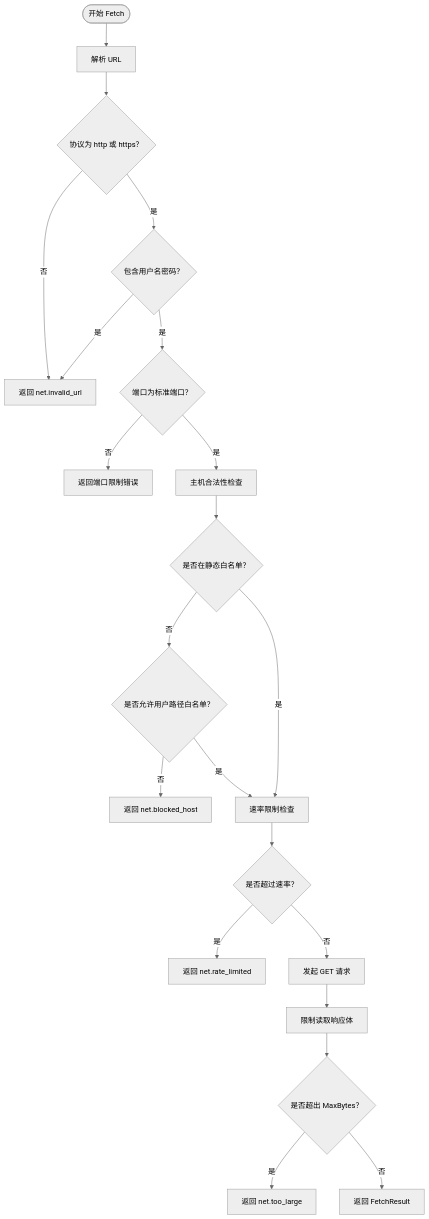
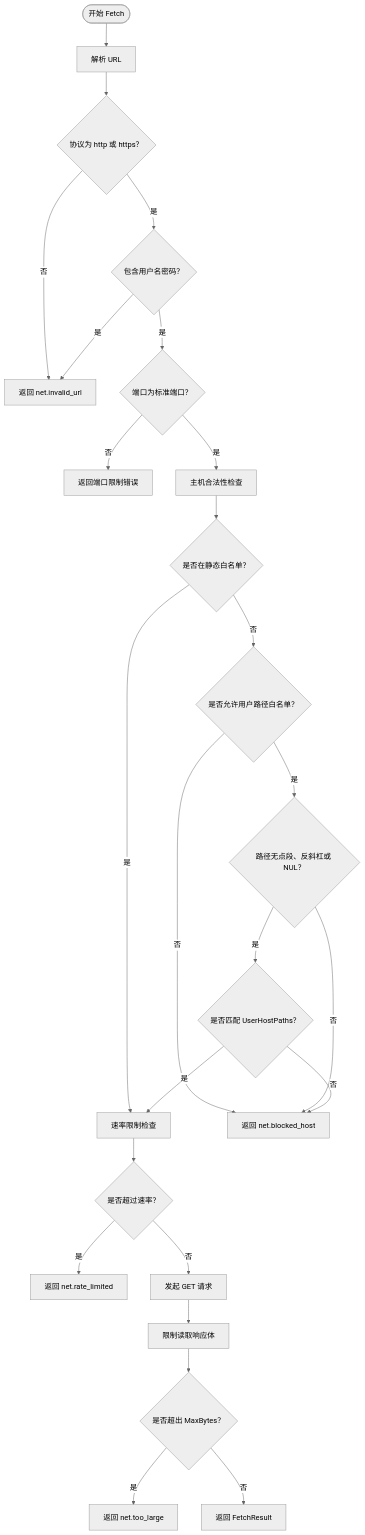
Before and after one commit to YimingZhanshen/skin-nexus: the fourth of 9 diagrams in docs/handbook/出站请求安全封装.md, drawn with Mermaid (neutral theme). The commit also changed other lines of this file and 2 other files, not shown here.

Commit message:
fix(outbound): reject dot segments before path authorization

````diff
--- a/docs/handbook/出站请求安全封装.md
+++ b/docs/handbook/出站请求安全封装.md
@@ -248,23 +262,27 @@
 ```mermaid
 flowchart TD
     Entry(["开始 Fetch"]) --> Parse["解析 URL"]
     Parse --> Scheme{"协议为 http 或 https？"}
     Scheme -->|"否"| Invalid["返回 net.invalid_url"]
     Scheme -->|"是"| UserInfo{"包含用户名密码？"}
     UserInfo -->|"是"| Invalid
     UserInfo -->|"是"| Port{"端口为标准端口？"}
     Port -->|"否"| PortErr["返回端口限制错误"]
     Port -->|"是"| HostCheck["主机合法性检查"]
     HostCheck --> StaticOK{"是否在静态白名单？"}
+    StaticOK -->|"是"| Rate["速率限制检查"]
     StaticOK -->|"否"| UserOK{"是否允许用户路径白名单？"}
     UserOK -->|"否"| Blocked["返回 net.blocked_host"]
-    UserOK -->|"是"| Rate["速率限制检查"]
-    StaticOK -->|"是"| Rate
+    UserOK -->|"是"| PathSafe{"路径无点段、反斜杠或 NUL？"}
+    PathSafe -->|"否"| Blocked
+    PathSafe -->|"是"| PathAllowed{"是否匹配 UserHostPaths？"}
+    PathAllowed -->|"否"| Blocked
+    PathAllowed -->|"是"| Rate
     Rate --> Allowed{"是否超过速率？"}
     Allowed -->|"是"| RateLimit["返回 net.rate_limited"]
     Allowed -->|"否"| Request["发起 GET 请求"]
     Request --> Read["限制读取响应体"]
     Read --> Size{"是否超出 MaxBytes？"}
     Size -->|"是"| TooLarge["返回 net.too_large"]
     Size -->|"否"| Result["返回 FetchResult"]
 ```
````
